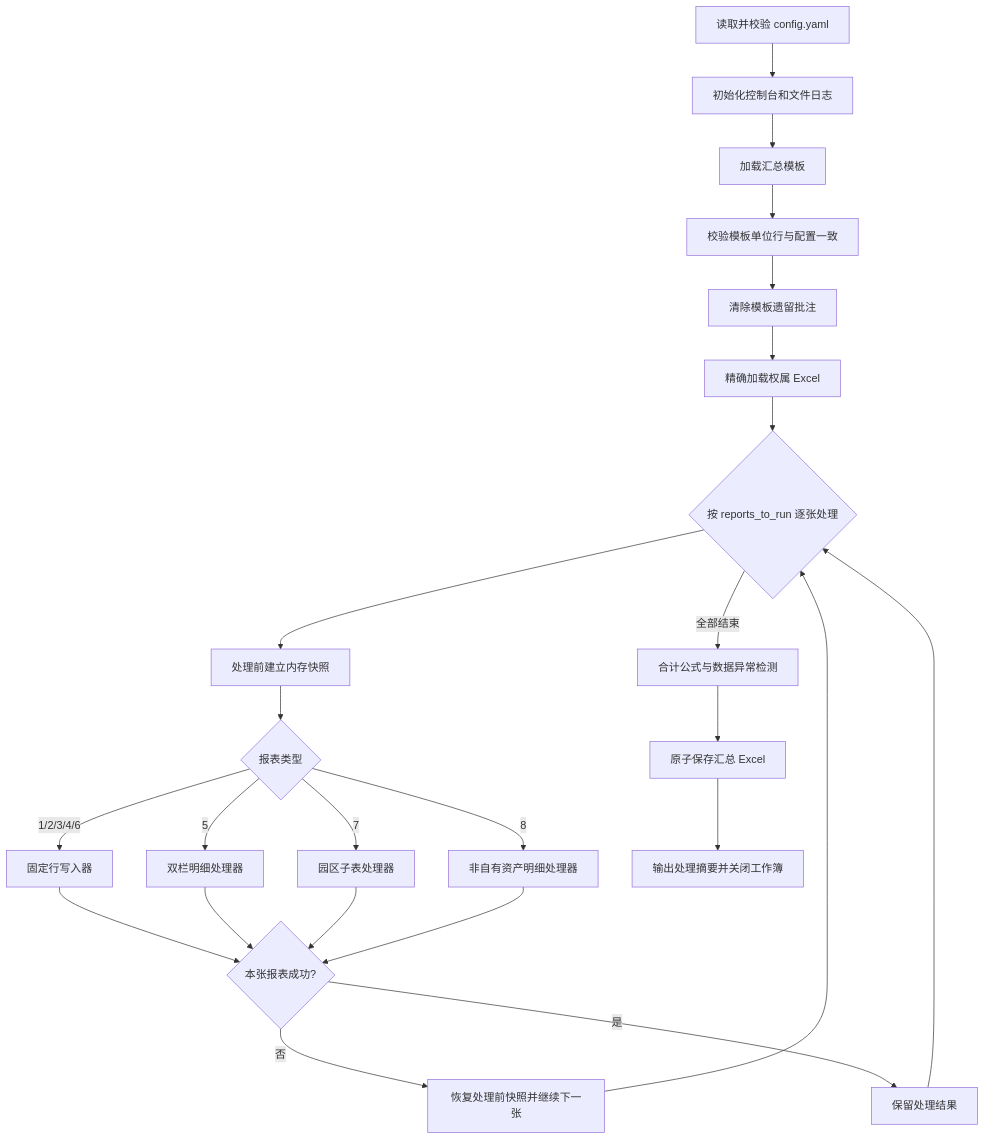
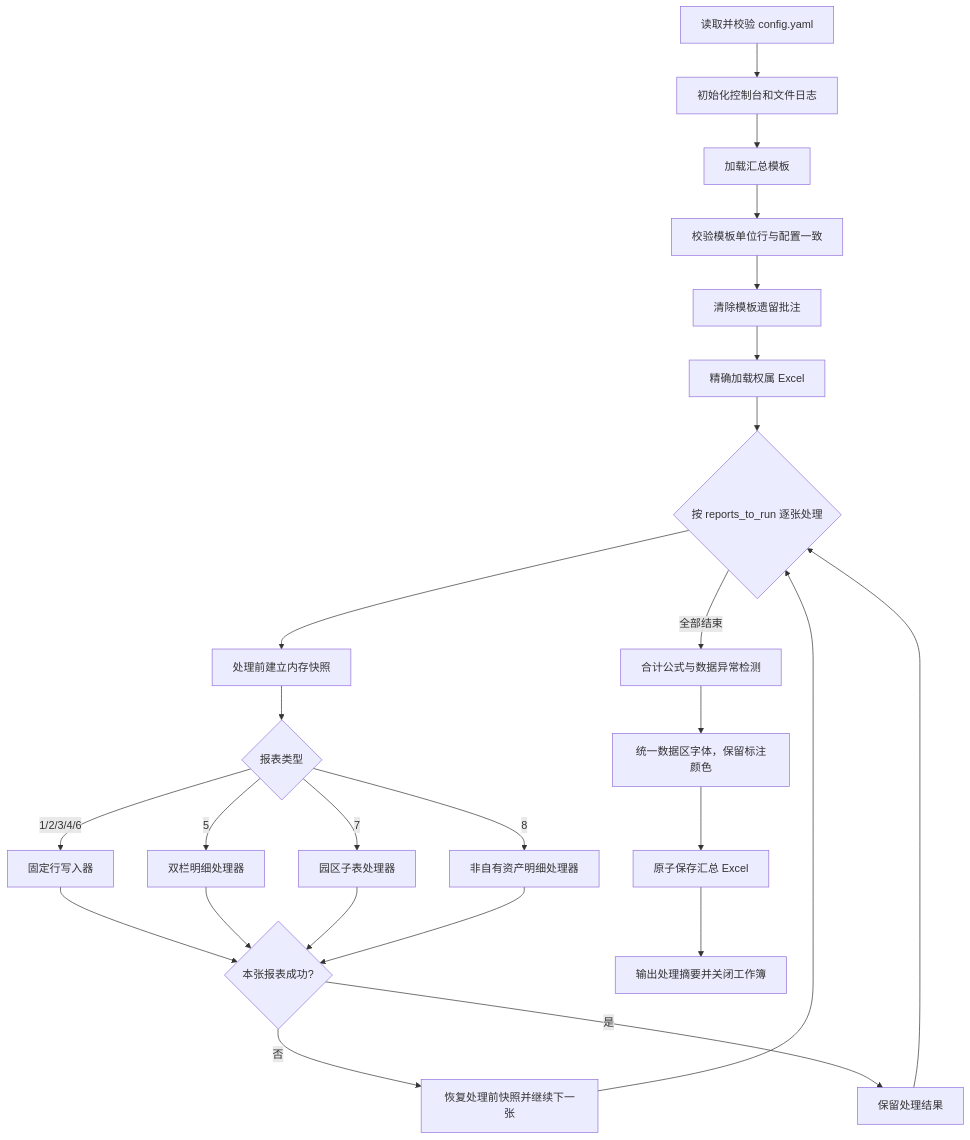
One commit to zejunwu12/eco-analysis-automation changed the diagram in README.md. Above: the diagram before and after it, drawn with Mermaid. The commit also changed other lines of this file, not shown here.

````diff
--- a/README.md
+++ b/README.md
@@ -74,26 +75,27 @@
 ```mermaid
 flowchart TD
     A[读取并校验 config.yaml] --> B[初始化控制台和文件日志]
     B --> C[加载汇总模板]
     C --> D[校验模板单位行与配置一致]
     D --> E[清除模板遗留批注]
     E --> F[精确加载权属 Excel]
     F --> G{按 reports_to_run 逐张处理}
     G --> H[处理前建立内存快照]
     H --> I{报表类型}
     I -->|1/2/3/4/6| J[固定行写入器]
     I -->|5| K[双栏明细处理器]
     I -->|7| L[园区子表处理器]
     I -->|8| M[非自有资产明细处理器]
     J --> N{本张报表成功?}
     K --> N
     L --> N
     M --> N
     N -->|否| O[恢复处理前快照并继续下一张]
     N -->|是| P[保留处理结果]
     O --> G
     P --> G
     G -->|全部结束| Q[合计公式与数据异常检测]
-    Q --> R[原子保存汇总 Excel]
+    Q --> T[统一数据区字体，保留标注颜色]
+    T --> R[原子保存汇总 Excel]
     R --> S[输出处理摘要并关闭工作簿]
 ```
````
